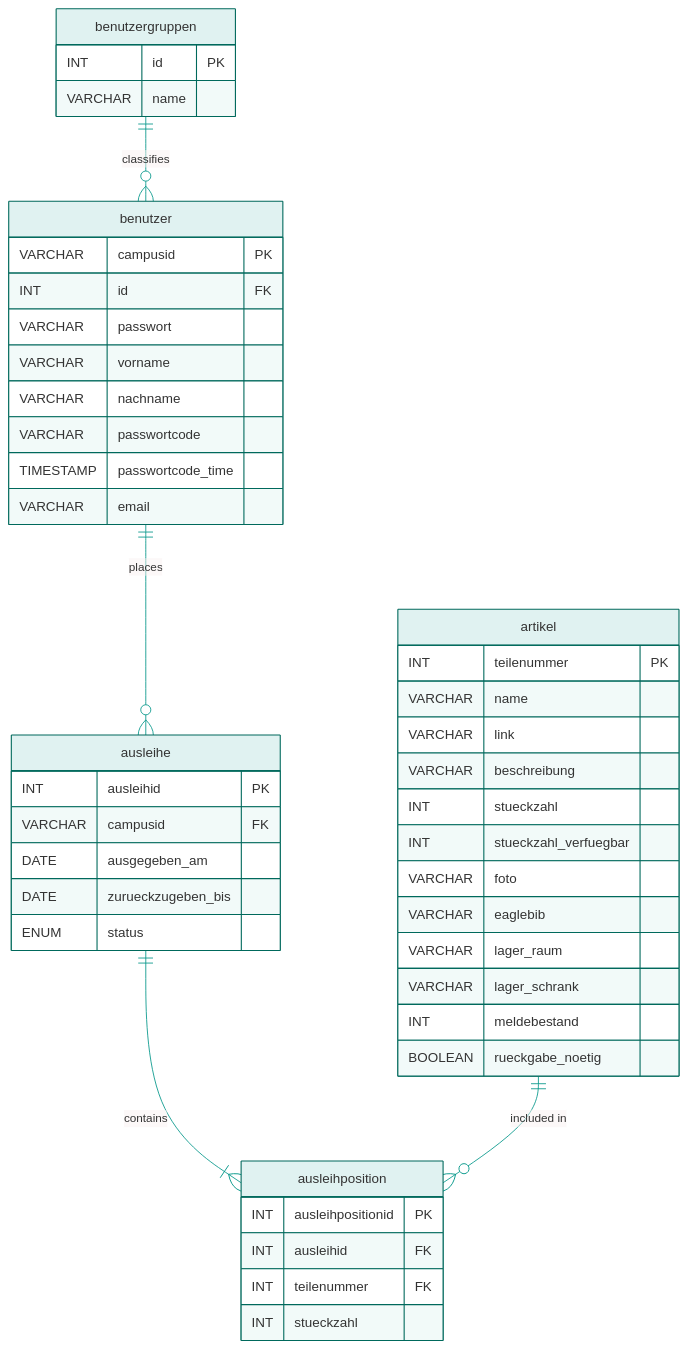
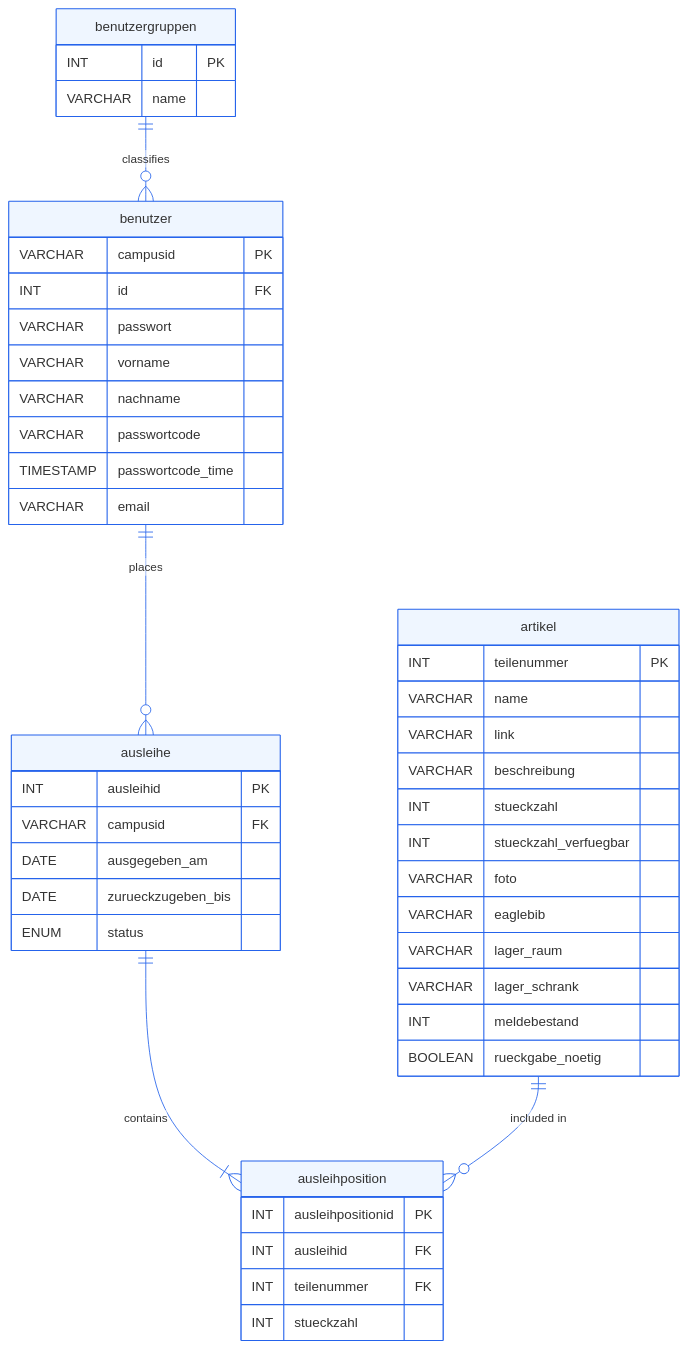
The first of 2 diagrams in README.md (mtorun0x7cd/component-lending-system), drawn with Mermaid before and after one commit. The commit also changed other lines of this file and 4 other files, not shown here.

Commit message:
docs: recolour the social preview and diagrams to the brand accent

````diff
--- a/README.md
+++ b/README.md
@@ -93,50 +93,50 @@
 ```mermaid
-%%{init: {'theme': 'base', 'themeVariables': { 'primaryColor': '#E0F2F1', 'edgeColor': '#009688', 'primaryBorderColor': '#00695C', 'lineColor': '#009688', 'textColor': '#004D40' }}}%%
+%%{init: {'theme': 'base', 'themeVariables': { 'primaryColor': '#EFF6FF', 'edgeColor': '#2563EB', 'primaryBorderColor': '#2563EB', 'lineColor': '#2563EB', 'textColor': '#0F172A' }}}%%
 erDiagram
     benutzergruppen {
         INT id PK
         VARCHAR name
     }
     benutzer {
         VARCHAR campusid PK
         INT id FK
         VARCHAR passwort
         VARCHAR vorname
         VARCHAR nachname
         VARCHAR passwortcode
         TIMESTAMP passwortcode_time
         VARCHAR email
     }
     artikel {
         INT teilenummer PK
         VARCHAR name
         VARCHAR link
         VARCHAR beschreibung
         INT stueckzahl
         INT stueckzahl_verfuegbar
         VARCHAR foto
         VARCHAR eaglebib
         VARCHAR lager_raum
         VARCHAR lager_schrank
         INT meldebestand
         BOOLEAN rueckgabe_noetig
     }
     ausleihe {
         INT ausleihid PK
         VARCHAR campusid FK
         DATE ausgegeben_am
         DATE zurueckzugeben_bis
         ENUM status
     }
     ausleihposition {
         INT ausleihpositionid PK
         INT ausleihid FK
         INT teilenummer FK
         INT stueckzahl
     }
 
     benutzergruppen ||--o{ benutzer : classifies
     benutzer ||--o{ ausleihe : places
     ausleihe ||--|{ ausleihposition : contains
     artikel ||--o{ ausleihposition : "included in"
 ```
````
